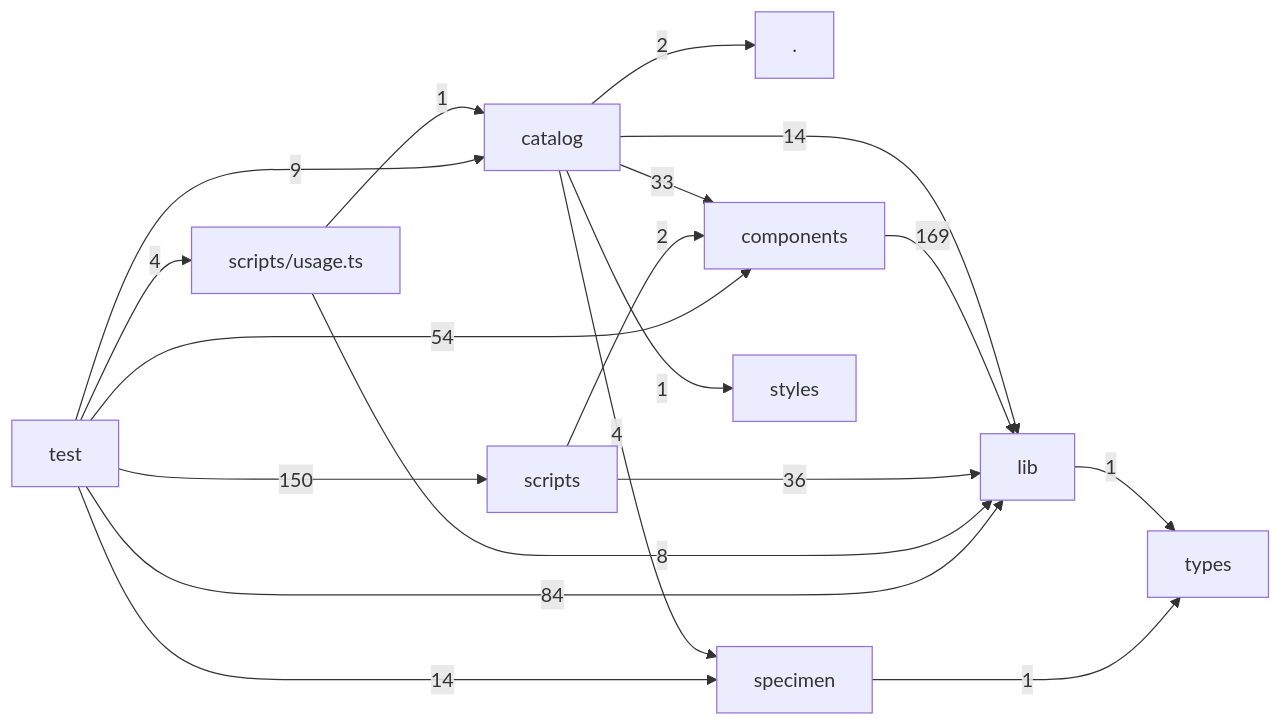
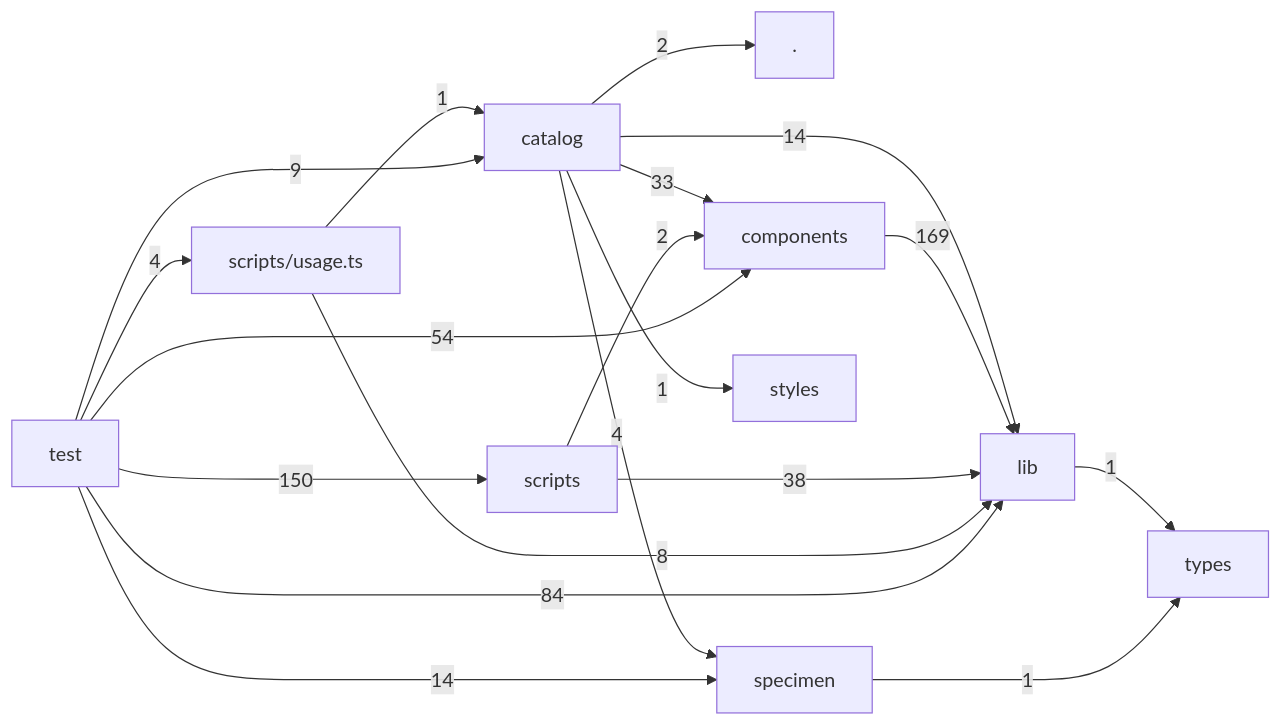
The diagram in docs/architecture/layers.md (hackersandwizards/slides), drawn with Mermaid before and after one commit. The commit also changed 22 other files, not shown here.

````diff
--- a/docs/architecture/layers.md
+++ b/docs/architecture/layers.md
@@ -3,31 +3,31 @@
 ```mermaid
 graph LR
   L0["."]
   L1["catalog"]
   L2["components"]
   L3["lib"]
   L4["scripts"]
   L5["scripts/usage.ts"]
   L6["specimen"]
   L7["styles"]
   L8["test"]
   L9["types"]
   L1 -->|2| L0
   L1 -->|33| L2
   L1 -->|14| L3
   L1 -->|4| L6
   L1 -->|1| L7
   L2 -->|169| L3
   L3 -->|1| L9
   L4 -->|2| L2
-  L4 -->|36| L3
+  L4 -->|38| L3
   L5 -->|1| L1
   L5 -->|8| L3
   L6 -->|1| L9
   L8 -->|9| L1
   L8 -->|54| L2
   L8 -->|84| L3
   L8 -->|150| L4
   L8 -->|4| L5
   L8 -->|14| L6
 ```
````
